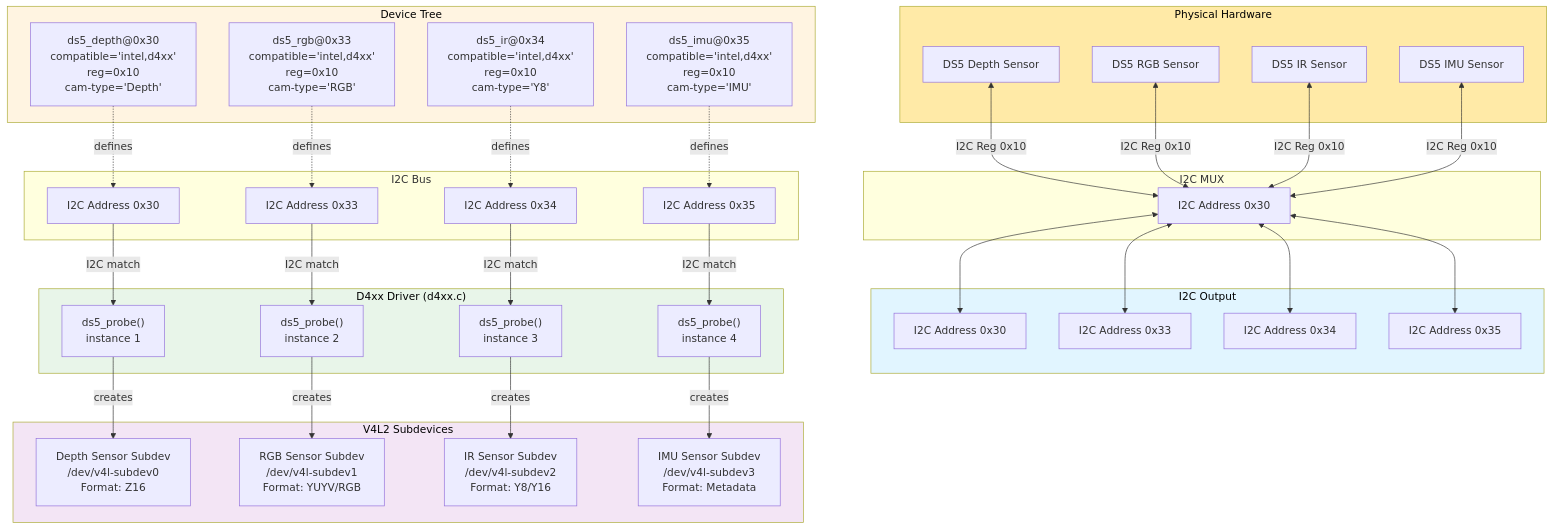
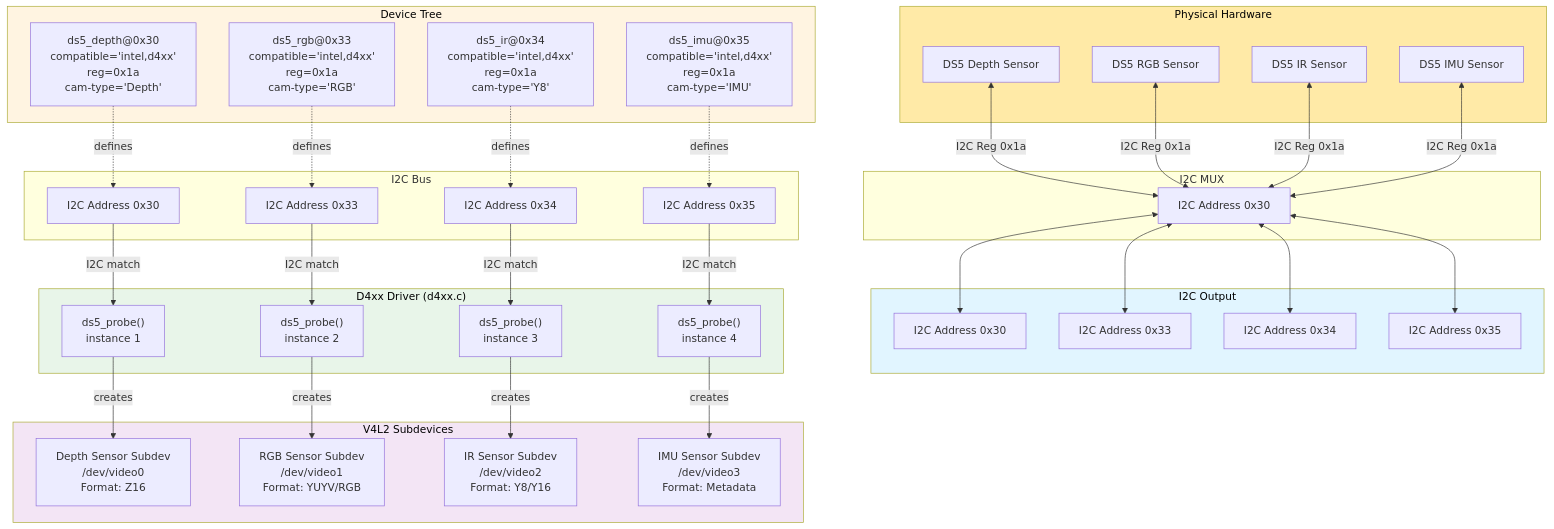
Before and after one commit to realsenseai/realsense_mipi_platform_driver: the first of 15 diagrams in probe_flow_sequence_diagram.md, drawn with Mermaid. The commit also changed other lines of this file and 1 other file, not shown here.

```diff
--- a/probe_flow_sequence_diagram.md
+++ b/probe_flow_sequence_diagram.md
@@ -27,10 +27,10 @@
     end
 
     subgraph DT["Device Tree"]
-        DT_Depth["ds5_depth@0x30<br/>compatible='intel,d4xx'<br/>reg=0x10<br/>cam-type='Depth'"]
-        DT_RGB["ds5_rgb@0x33<br/>compatible='intel,d4xx'<br/>reg=0x10<br/>cam-type='RGB'"]
-        DT_IR["ds5_ir@0x34<br/>compatible='intel,d4xx'<br/>reg=0x10<br/>cam-type='Y8'"]
-        DT_IMU["ds5_imu@0x35<br/>compatible='intel,d4xx'<br/>reg=0x10<br/>cam-type='IMU'"]
+        DT_Depth["ds5_depth@0x30<br/>compatible='intel,d4xx'<br/>reg=0x1a<br/>cam-type='Depth'"]
+        DT_RGB["ds5_rgb@0x33<br/>compatible='intel,d4xx'<br/>reg=0x1a<br/>cam-type='RGB'"]
+        DT_IR["ds5_ir@0x34<br/>compatible='intel,d4xx'<br/>reg=0x1a<br/>cam-type='Y8'"]
+        DT_IMU["ds5_imu@0x35<br/>compatible='intel,d4xx'<br/>reg=0x1a<br/>cam-type='IMU'"]
     end
 
     subgraph Driver["D4xx Driver (d4xx.c)"]
@@ -41,10 +41,10 @@
     end
 
     subgraph V4L2_Subdevs["V4L2 Subdevices"]
-        V4L2_Depth["Depth Sensor Subdev<br/>/dev/v4l-subdev0<br/>Format: Z16"]
-        V4L2_RGB["RGB Sensor Subdev<br/>/dev/v4l-subdev1<br/>Format: YUYV/RGB"]
-        V4L2_IR["IR Sensor Subdev<br/>/dev/v4l-subdev2<br/>Format: Y8/Y16"]
-        V4L2_IMU["IMU Sensor Subdev<br/>/dev/v4l-subdev3<br/>Format: Metadata"]
+        V4L2_Depth["Depth Sensor Subdev<br/>/dev/video0<br/>Format: Z16"]
+        V4L2_RGB["RGB Sensor Subdev<br/>/dev/video1<br/>Format: YUYV/RGB"]
+        V4L2_IR["IR Sensor Subdev<br/>/dev/video2<br/>Format: Y8/Y16"]
+        V4L2_IMU["IMU Sensor Subdev<br/>/dev/video3<br/>Format: Metadata"]
     end
 
     subgraph Hardware["Physical Hardware"]
@@ -73,10 +73,10 @@
     Probe_IMU -->|creates| V4L2_IMU
 
     %% Hardware connection
-    HW_Depth <-->|I2C Reg 0x10| I2C_Bus_0x30
-    HW_RGB <-->|I2C Reg 0x10| I2C_Bus_0x30
-    HW_IR <-->|I2C Reg 0x10| I2C_Bus_0x30
-    HW_IMU <-->|I2C Reg 0x10| I2C_Bus_0x30
+    HW_Depth <-->|I2C Reg 0x1a| I2C_Bus_0x30
+    HW_RGB <-->|I2C Reg 0x1a| I2C_Bus_0x30
+    HW_IR <-->|I2C Reg 0x1a| I2C_Bus_0x30
+    HW_IMU <-->|I2C Reg 0x1a| I2C_Bus_0x30
 
     %% Mux Output
     I2C_Bus_0x30 <--> I2C_Out_0x30
```
